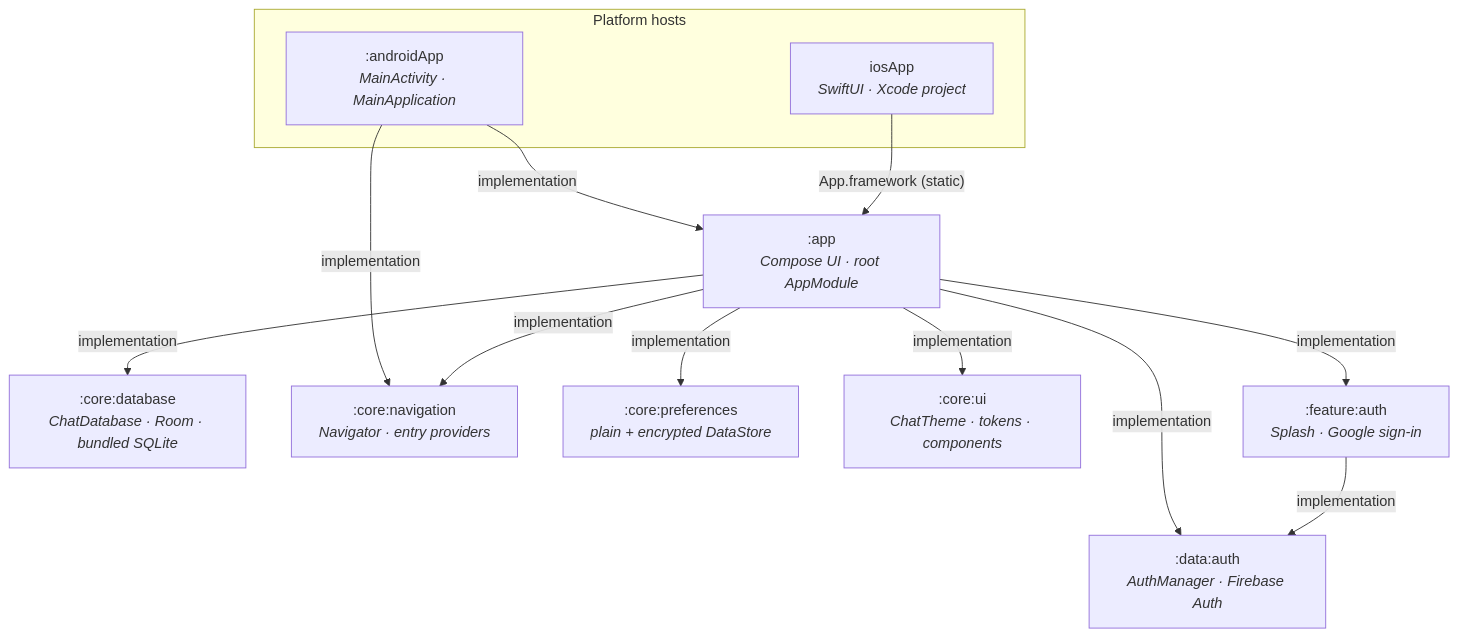
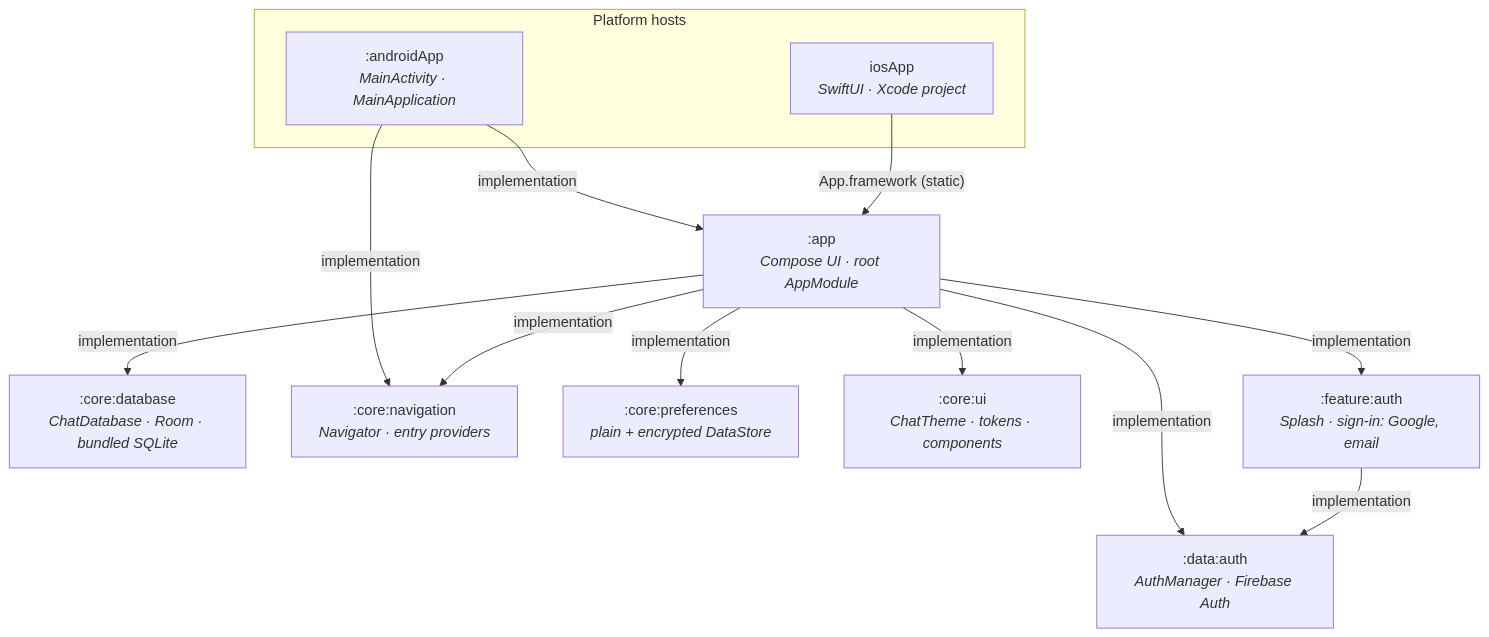
One commit to weslley-poatek/chat changed the diagram in README.md. Above: the diagram before and after it, drawn with Mermaid. The commit also changed other lines of this file and 13 other files, not shown here.

Commit message:
✨ feat: Rebuild the sign-in screen with email and password sign-in, sign-up and password reset.

````diff
--- a/README.md
+++ b/README.md
@@ -83,26 +83,26 @@
 ```mermaid
 flowchart TD
     subgraph hosts ["Platform hosts"]
         androidApp[":androidApp<br/><i>MainActivity · MainApplication</i>"]
         iosApp["iosApp<br/><i>SwiftUI · Xcode project</i>"]
     end
 
     app[":app<br/><i>Compose UI · root AppModule</i>"]
     db[":core:database<br/><i>ChatDatabase · Room · bundled SQLite</i>"]
     nav[":core:navigation<br/><i>Navigator · entry providers</i>"]
     prefs[":core:preferences<br/><i>plain + encrypted DataStore</i>"]
     ui[":core:ui<br/><i>ChatTheme · tokens · components</i>"]
-    featureAuth[":feature:auth<br/><i>Splash · Google sign-in</i>"]
+    featureAuth[":feature:auth<br/><i>Splash · sign-in: Google, email</i>"]
     dataAuth[":data:auth<br/><i>AuthManager · Firebase Auth</i>"]
 
     androidApp -- "implementation" --> app
     androidApp -- "implementation" --> nav
     iosApp -- "App.framework (static)" --> app
     app -- "implementation" --> db
     app -- "implementation" --> nav
     app -- "implementation" --> prefs
     app -- "implementation" --> ui
     app -- "implementation" --> featureAuth
     app -- "implementation" --> dataAuth
     featureAuth -- "implementation" --> dataAuth
 ```
````
